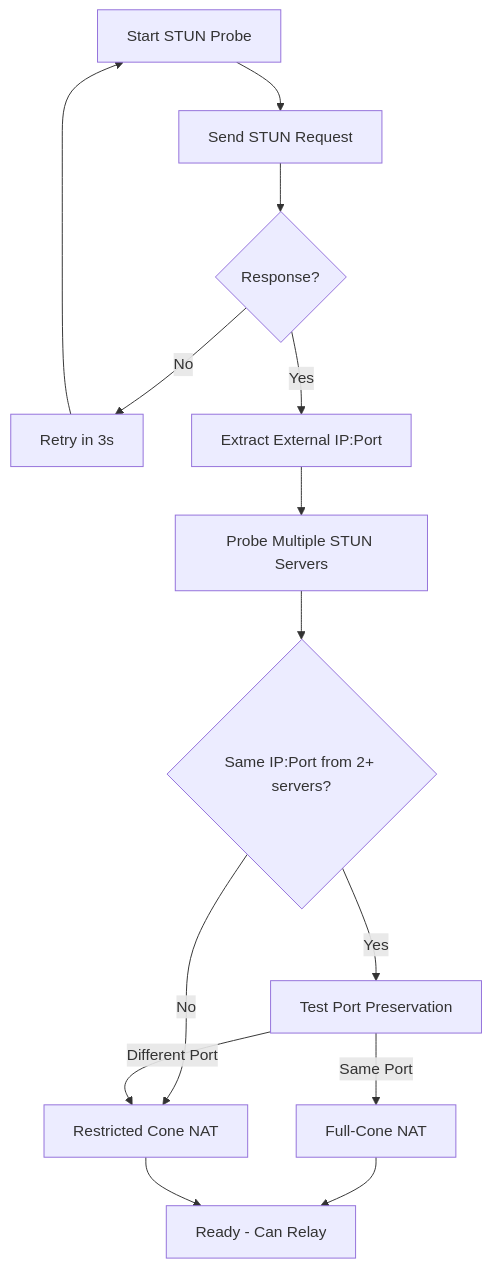
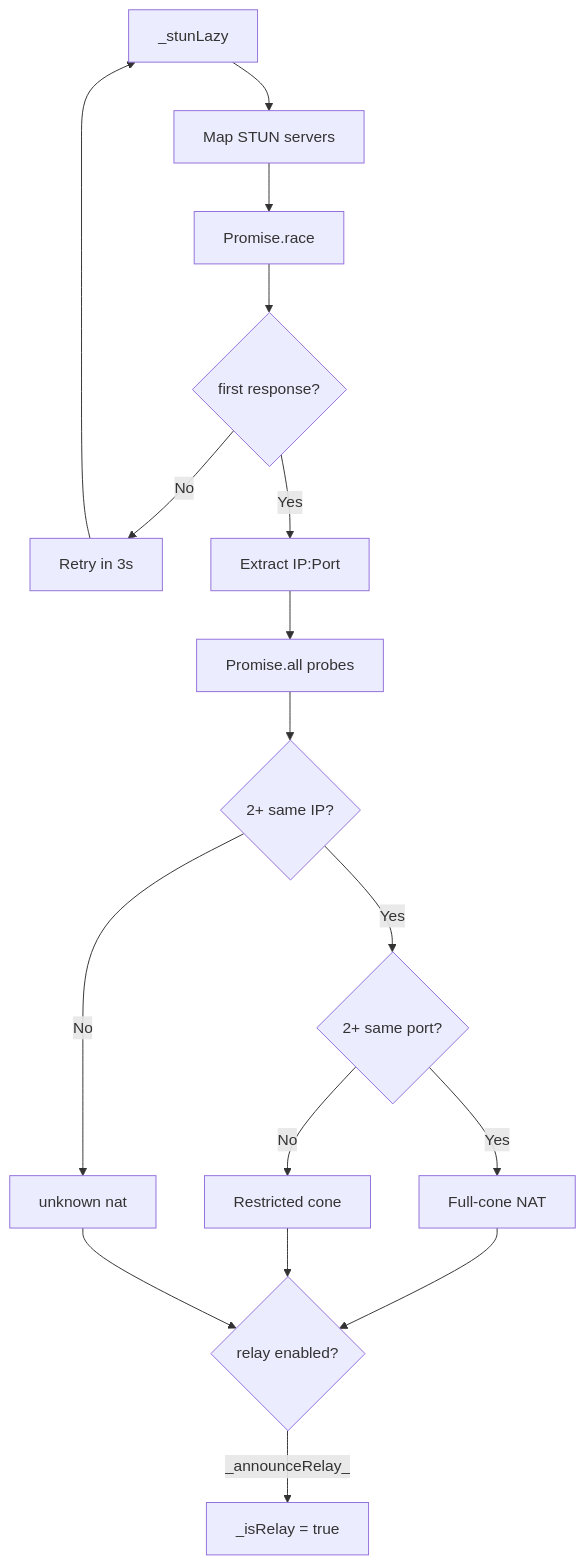
One commit to setowire-org/js-setowire changed the seventh of 12 diagrams in SPEC.md. Above: the diagram before and after it, drawn with Mermaid. The commit also changed other lines of this file, not shown here.

````diff
--- a/SPEC.md
+++ b/SPEC.md
@@ -288,21 +438,25 @@
 ```mermaid
 flowchart TD
-    START[Start STUN Probe] --> STUN1[Send STUN Request]
-    STUN1 --> RESP1{Response?}
+    START[_stunLazy] --> PROBES[Map STUN servers]
+    PROBES --> RACE[Promise.race]
+    RACE --> GOT{first response?}
     
-    RESP1 -->|No| RETRY[Retry in 3s]
+    GOT -->|No| RETRY[Retry in 3s]
     RETRY --> START
     
-    RESP1 -->|Yes| EXTRACT[Extract External IP:Port]
-    EXTRACT --> MULTI[Probe Multiple STUN Servers]
-    MULTI --> COMPARE{Same IP:Port from 2+ servers?}
+    GOT -->|Yes| EXTRACT[Extract IP:Port]
+    EXTRACT --> ALL[Promise.all probes]
+    ALL --> CHECK{2+ same IP?}
     
-    COMPARE -->|No| RESTRICTED[Restricted Cone NAT]
-    COMPARE -->|Yes| TEST_PORT[Test Port Preservation]
+    CHECK -->|No| UNKNOWN[unknown nat]
+    CHECK -->|Yes| COMPARE{2+ same port?}
     
-    TEST_PORT -->|Same Port| FULL_CONE[Full-Cone NAT]
-    TEST_PORT -->|Different Port| RESTRICTED
+    COMPARE -->|Yes| FULL[Full-cone NAT]
+    COMPARE -->|No| RESTRICTED[Restricted cone]
     
-    FULL_CONE --> READY[Ready - Can Relay]
-    RESTRICTED --> READY
+    FULL --> RELAY{relay enabled?}
+    RESTRICTED --> RELAY
+    UNKNOWN --> RELAY
+    
+    RELAY -->|_announceRelay_| DONE[_isRelay = true]
 ```
````
